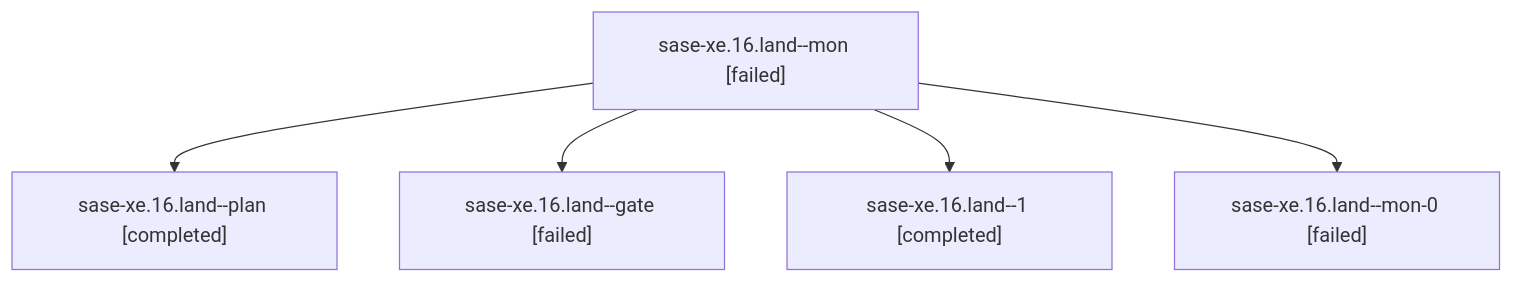
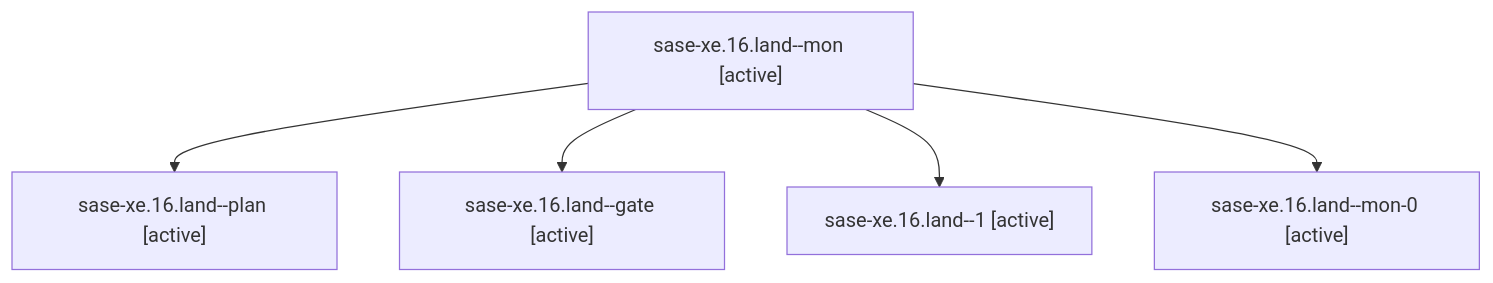
One commit to sase-org/sase--agents changed the diagram in families/bbugyi200.athena.sase-xe.16.land.md. Above: the diagram before and after it, drawn with Mermaid. The commit also changed other lines of this file and 35830 other files, not shown here.

````diff
--- a/families/bbugyi200.athena.sase-xe.16.land.md
+++ b/families/bbugyi200.athena.sase-xe.16.land.md
@@ -9,12 +9,12 @@
 ```mermaid
 flowchart TD
-  n0["sase-xe.16.land--mon [failed]"]
-  n1["sase-xe.16.land--plan [completed]"]
+  n0["sase-xe.16.land--mon [active]"]
+  n1["sase-xe.16.land--plan [active]"]
   n0 --> n1
-  n2["sase-xe.16.land--gate [failed]"]
+  n2["sase-xe.16.land--gate [active]"]
   n0 --> n2
-  n3["sase-xe.16.land--1 [completed]"]
+  n3["sase-xe.16.land--1 [active]"]
   n0 --> n3
-  n4["sase-xe.16.land--mon-0 [failed]"]
+  n4["sase-xe.16.land--mon-0 [active]"]
   n0 --> n4
 ```
````
